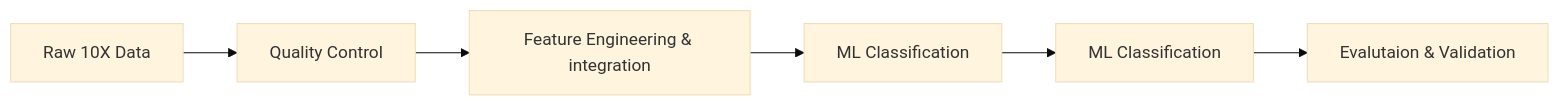
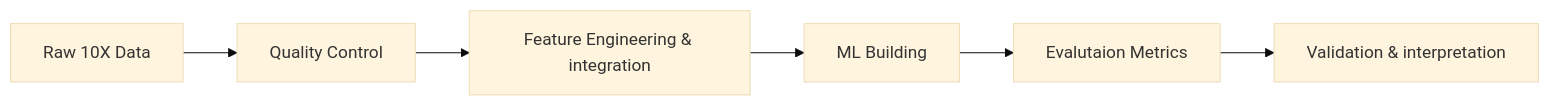
One commit to omicscodeathon/cellitac changed the diagram in data/README2.md. Above: the diagram before and after it, drawn with Mermaid (base theme).

````diff
--- a/data/README2.md
+++ b/data/README2.md
@@ -63,8 +63,8 @@
 ```mermaid
 graph LR
     A[Raw 10X Data] --> B[Quality Control]
     B --> C[Feature Engineering & integration]
-    C --> D[ML Classification]
-    D --> E[ML Classification]
-    E --> F[Evalutaion & Validation]
+    C --> D[ML Building]
+    D --> E[Evalutaion Metrics]
+    E --> F[Validation & interpretation]
 ```
````
